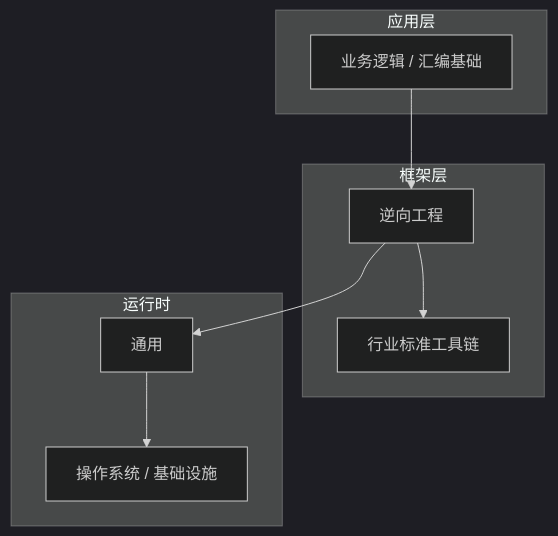
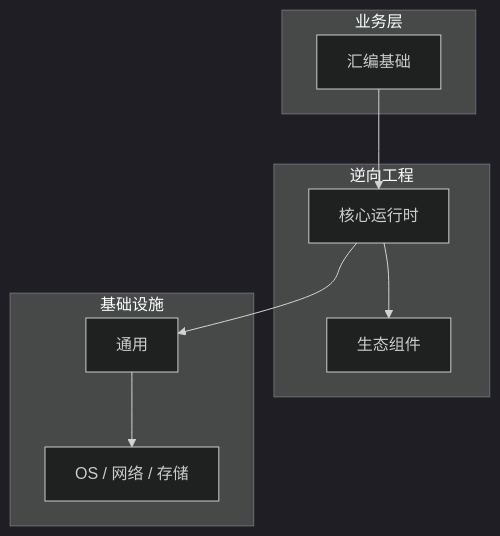
Before and after one commit to yanggan2015/knowledge-json-v2: the diagram in articles/逆向工程/chapters/007-汇编基础核心概念与原理.md, drawn with Mermaid (dark theme). The commit also changed other lines of this file and 10127 other files, not shown here.

````diff
--- a/articles/逆向工程/chapters/007-汇编基础核心概念与原理.md
+++ b/articles/逆向工程/chapters/007-汇编基础核心概念与原理.md
@@ -46,18 +31,18 @@
 ```mermaid
 graph TB
-    subgraph 应用层
-        A[业务逻辑 / 汇编基础]
+    subgraph 业务层
+        A[汇编基础]
     end
-    subgraph 框架层
-        B[逆向工程]
-        C[行业标准工具链]
+    subgraph 逆向工程
+        B[核心运行时]
+        C[生态组件]
     end
-    subgraph 运行时
+    subgraph 基础设施
         D[通用]
-        E[操作系统 / 基础设施]
+        E[OS / 网络 / 存储]
     end
     A --> B
     B --> C
     B --> D
     D --> E
 ```
````
